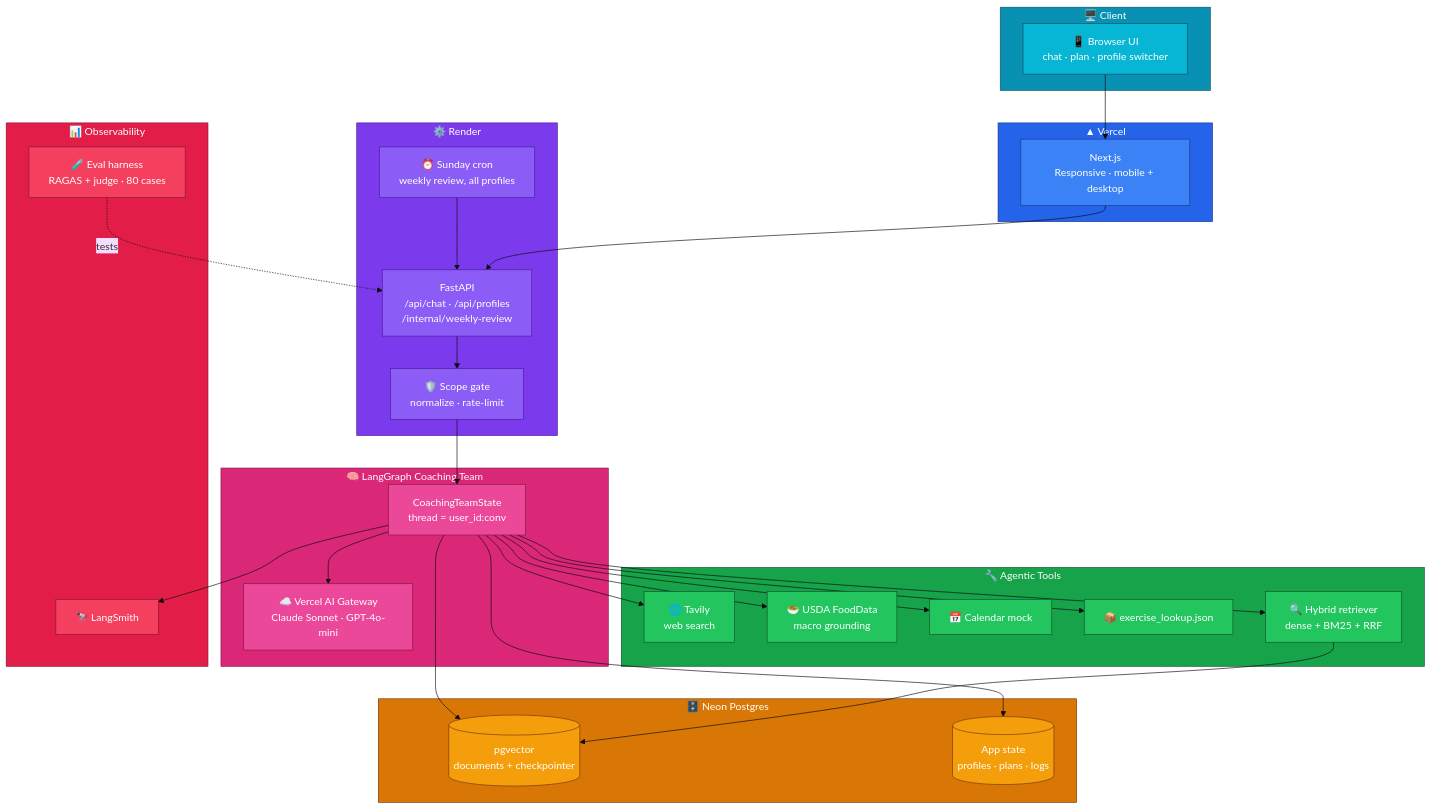
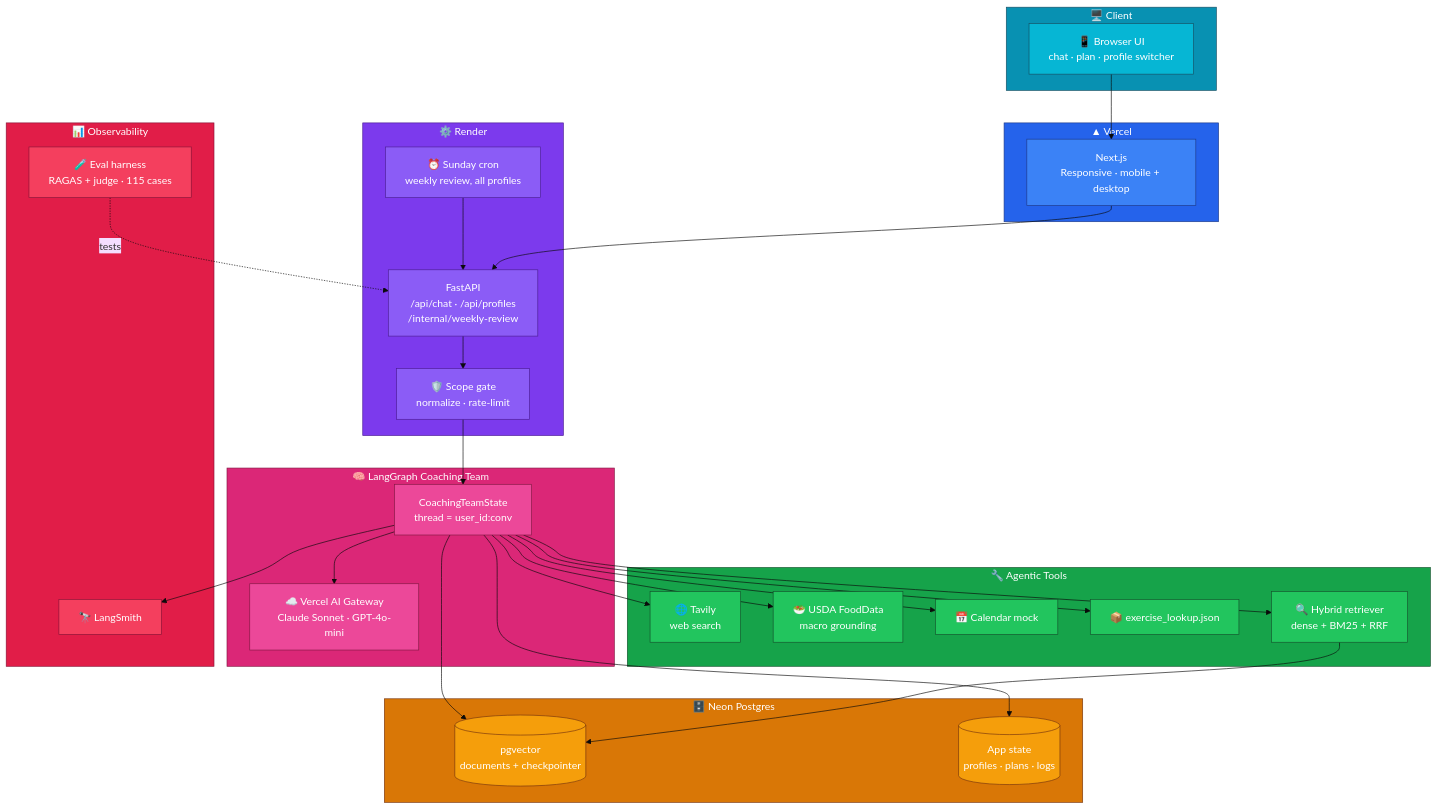
One commit to saurabhIU/SteadyFit changed the second of 3 diagrams in deliverables.md. Above: the diagram before and after it, drawn with Mermaid (base theme). The commit also changed other lines of this file and 2 other files, not shown here.

````diff
--- a/deliverables.md
+++ b/deliverables.md
@@ -103,74 +104,74 @@
 ```mermaid
 flowchart TD
     subgraph CLIENT["🖥️  Client"]
         U["📱 Browser UI<br/>chat · plan · profile switcher"]
     end
 
     subgraph FRONTEND["▲  Vercel"]
         FE["Next.js<br/>Responsive · mobile + desktop"]
     end
 
     subgraph BACKEND["⚙️  Render"]
         API["FastAPI<br/>/api/chat · /api/profiles<br/>/internal/weekly-review"]
         GATE["🛡️ Scope gate<br/>normalize · rate-limit"]
         CRON["⏰ Sunday cron<br/>weekly review, all profiles"]
     end
 
     subgraph AGENTS["🧠  LangGraph Coaching Team"]
         LG["CoachingTeamState<br/>thread = user_id:conv"]
         GW["☁️ Vercel AI Gateway<br/>Claude Sonnet · GPT-4o-mini"]
     end
 
     subgraph TOOLS["🔧  Agentic Tools"]
         TAV["🌐 Tavily<br/>web search"]
         FOOD["🥗 USDA FoodData<br/>macro grounding"]
         CAL["📅 Calendar mock"]
         XL["📦 exercise_lookup.json"]
         RET["🔍 Hybrid retriever<br/>dense + BM25 + RRF"]
     end
 
     subgraph STORAGE["🗄️  Neon Postgres"]
         PG[("pgvector<br/>documents + checkpointer")]
         APP[("App state<br/>profiles · plans · logs")]
     end
 
     subgraph OBS["📊  Observability"]
         LS["🔭 LangSmith"]
-        EV["🧪 Eval harness<br/>RAGAS + judge · 80 cases"]
+        EV["🧪 Eval harness<br/>RAGAS + judge · 115 cases"]
     end
 
     U --> FE --> API
     CRON --> API
     API --> GATE --> LG
     LG --> GW
     LG --> TAV & FOOD & CAL & XL & RET
     RET --> PG
     LG --> PG & APP
     LG --> LS
     EV -.->|tests| API
 
     style CLIENT fill:#0891b2,stroke:#164e63,color:#fff
     style FRONTEND fill:#2563eb,stroke:#1e3a8a,color:#fff
     style BACKEND fill:#7c3aed,stroke:#4c1d95,color:#fff
     style AGENTS fill:#db2777,stroke:#831843,color:#fff
     style TOOLS fill:#16a34a,stroke:#14532d,color:#fff
     style STORAGE fill:#d97706,stroke:#78350f,color:#fff
     style OBS fill:#e11d48,stroke:#881337,color:#fff
 
     style U fill:#06b6d4,stroke:#164e63,color:#fff
     style FE fill:#3b82f6,stroke:#1e3a8a,color:#fff
     style API fill:#8b5cf6,stroke:#4c1d95,color:#fff
     style GATE fill:#8b5cf6,stroke:#4c1d95,color:#fff
     style CRON fill:#8b5cf6,stroke:#4c1d95,color:#fff
     style LG fill:#ec4899,stroke:#831843,color:#fff
     style GW fill:#ec4899,stroke:#831843,color:#fff
     style TAV fill:#22c55e,stroke:#14532d,color:#fff
     style FOOD fill:#22c55e,stroke:#14532d,color:#fff
     style CAL fill:#22c55e,stroke:#14532d,color:#fff
     style XL fill:#22c55e,stroke:#14532d,color:#fff
     style RET fill:#22c55e,stroke:#14532d,color:#fff
     style PG fill:#f59e0b,stroke:#78350f,color:#fff
     style APP fill:#f59e0b,stroke:#78350f,color:#fff
     style LS fill:#f43f5e,stroke:#881337,color:#fff
     style EV fill:#f43f5e,stroke:#881337,color:#fff
 ```
````
